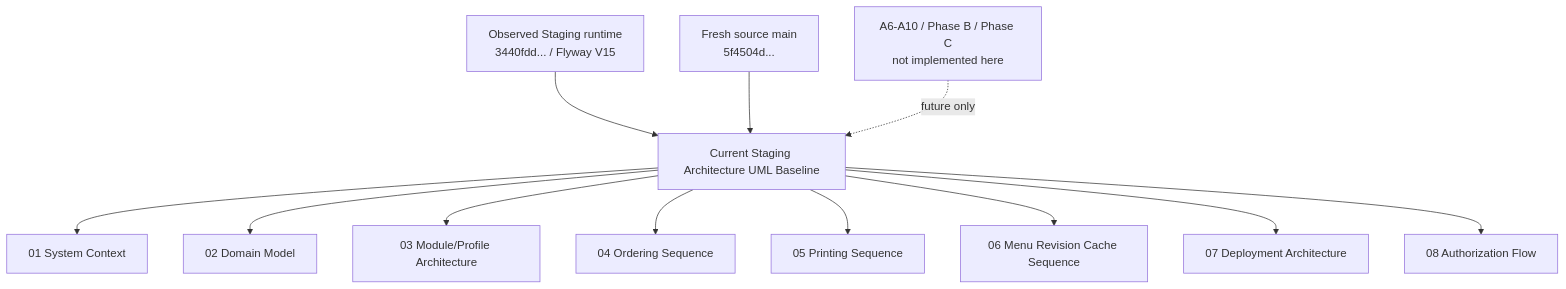
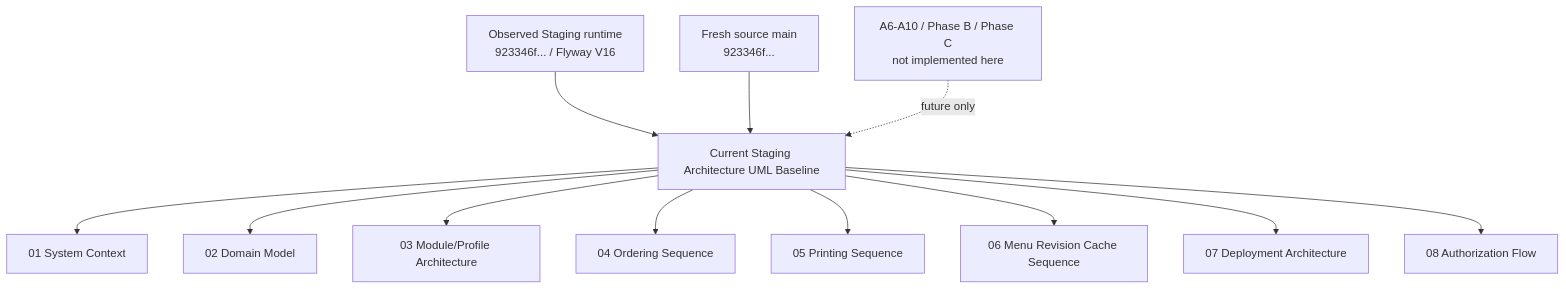
The diagram in docs/architecture/current-staging/README.md (Z1linXu/Restaurant_System), drawn with Mermaid before and after one commit. The commit also changed other lines of this file and 45 other files, not shown here.

````diff
--- a/docs/architecture/current-staging/README.md
+++ b/docs/architecture/current-staging/README.md
@@ -47,15 +64,15 @@
 ```mermaid
 flowchart TD
     baseline["Current Staging Architecture UML Baseline"] --> context["01 System Context"]
     baseline --> domain["02 Domain Model"]
     baseline --> modules["03 Module/Profile Architecture"]
     baseline --> ordering["04 Ordering Sequence"]
     baseline --> printing["05 Printing Sequence"]
     baseline --> cache["06 Menu Revision Cache Sequence"]
     baseline --> deployment["07 Deployment Architecture"]
     baseline --> auth["08 Authorization Flow"]
 
-    runtime["Observed Staging runtime<br/>3440fdd... / Flyway V15"] --> baseline
-    source["Fresh source main<br/>5f4504d..."] --> baseline
+    runtime["Observed Staging runtime<br/>923346f... / Flyway V16"] --> baseline
+    source["Fresh source main<br/>923346f..."] --> baseline
     future["A6-A10 / Phase B / Phase C<br/>not implemented here"] -. "future only" .-> baseline
 ```
````
